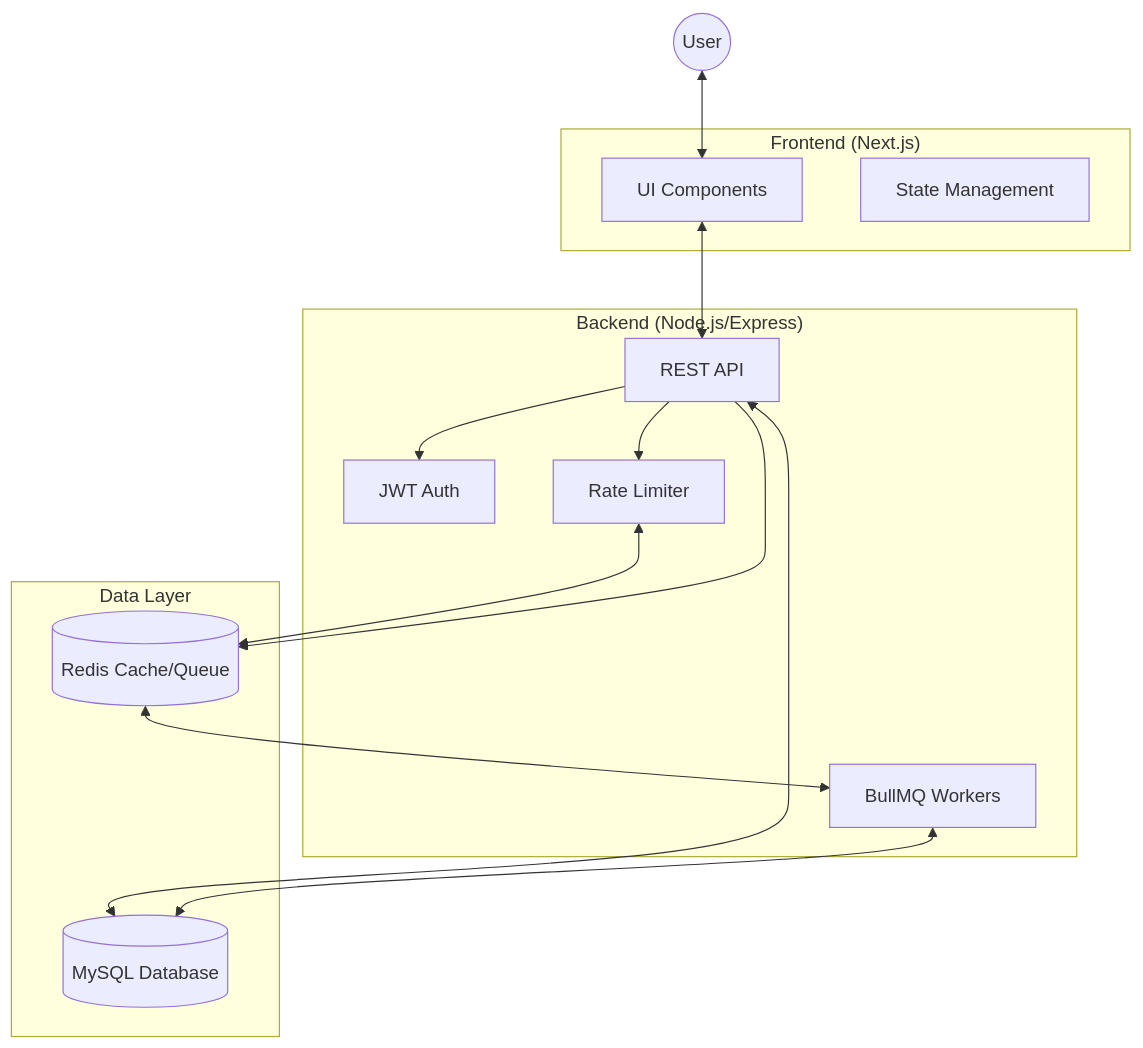
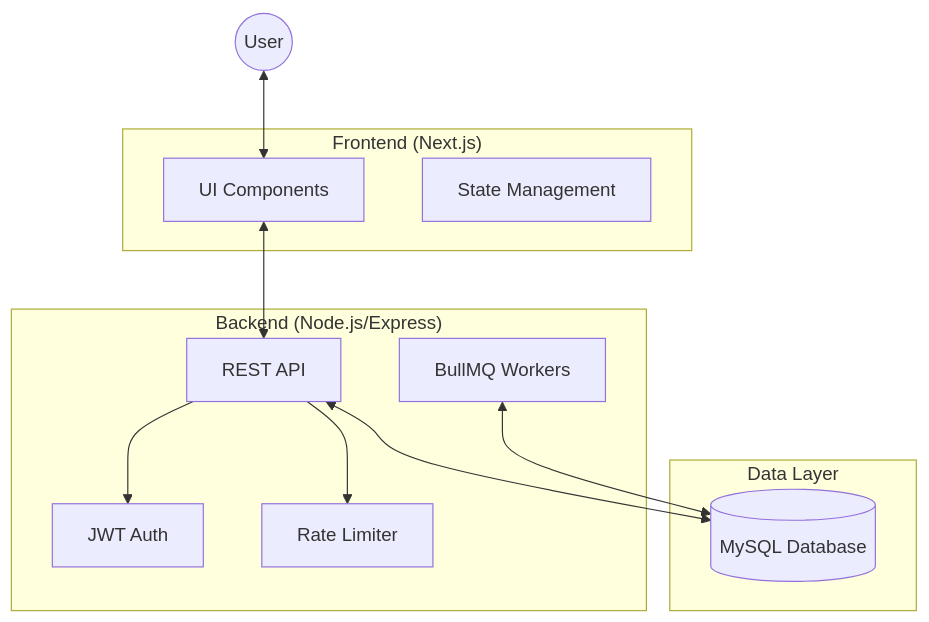
One commit to dexten32/Task_Management_System changed the diagram in README.md. Above: the diagram before and after it, drawn with Mermaid. The commit also changed other lines of this file and 83 other files, not shown here.

````diff
--- a/README.md
+++ b/README.md
@@ -33,28 +33,24 @@
 ```mermaid
 graph TD
     User((User))
     subgraph "Frontend (Next.js)"
         UI[UI Components]
         Store[State Management]
     end
     subgraph "Backend (Node.js/Express)"
         API[REST API]
         Auth[JWT Auth]
         Limit[Rate Limiter]
         Worker[BullMQ Workers]
     end
     subgraph "Data Layer"
         DB[(MySQL Database)]
-        Redis[(Redis Cache/Queue)]
     end
 
     User <--> UI
     UI <--> API
     API --> Auth
     API --> Limit
-    Limit <--> Redis
     API <--> DB
-    API --> Redis
-    Redis <--> Worker
     Worker <--> DB
 ```
````
